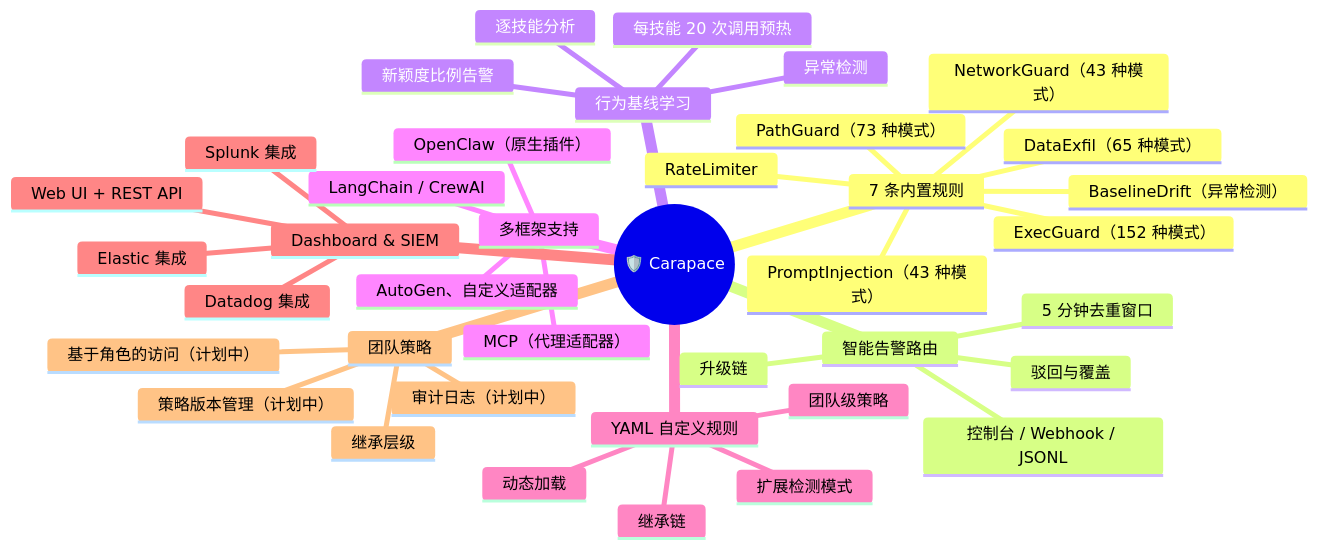
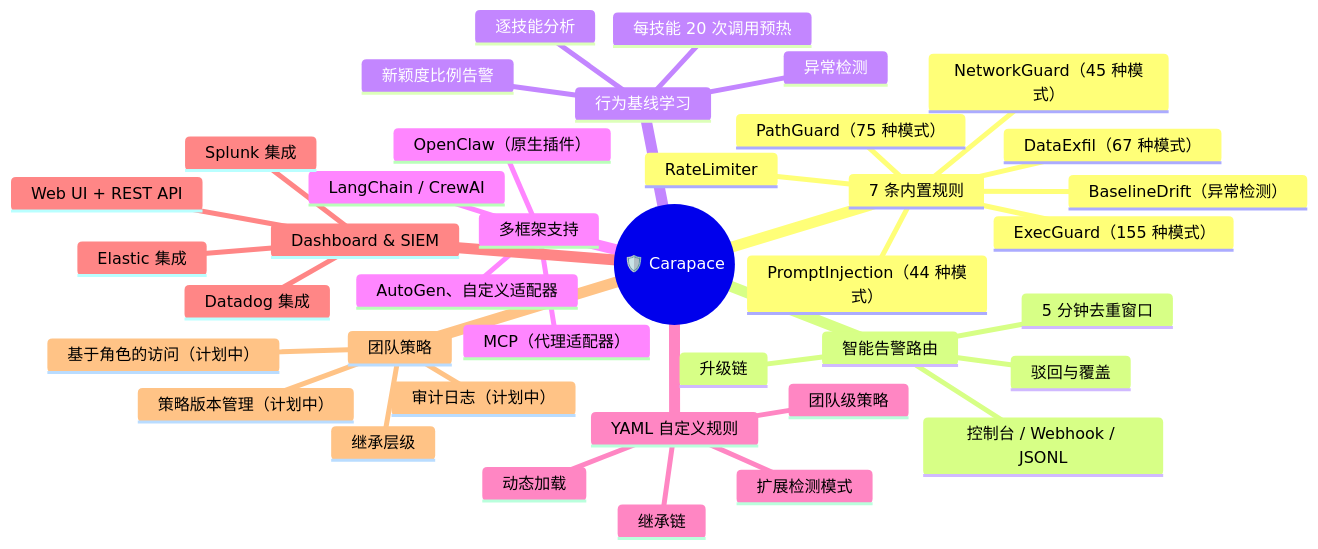
The first of 4 diagrams in README.zh-CN.md (yeasy/carapace), drawn with Mermaid before and after one commit. The commit also changed other lines of this file and 2 other files, not shown here.

````diff
--- a/README.zh-CN.md
+++ b/README.zh-CN.md
@@ -70,42 +70,42 @@
 ```mermaid
 mindmap
   root((🛡️ Carapace))
     7 条内置规则
-      ExecGuard（152 种模式）
-      PathGuard（73 种模式）
-      NetworkGuard（43 种模式）
+      ExecGuard（155 种模式）
+      PathGuard（75 种模式）
+      NetworkGuard（45 种模式）
       RateLimiter
-      PromptInjection（43 种模式）
-      DataExfil（65 种模式）
+      PromptInjection（44 种模式）
+      DataExfil（67 种模式）
       BaselineDrift（异常检测）
     智能告警路由
       5 分钟去重窗口
       升级链
       驳回与覆盖
       控制台 / Webhook / JSONL
     行为基线学习
       每技能 20 次调用预热
       逐技能分析
       异常检测
       新颖度比例告警
     多框架支持
       OpenClaw（原生插件）
       MCP（代理适配器）
       LangChain / CrewAI
       AutoGen、自定义适配器
     YAML 自定义规则
       扩展检测模式
       团队级策略
       继承链
       动态加载
     Dashboard & SIEM
       Web UI + REST API
       Splunk 集成
       Elastic 集成
       Datadog 集成
     团队策略
       继承层级
       基于角色的访问（计划中）
       策略版本管理（计划中）
       审计日志（计划中）
 ```
````
